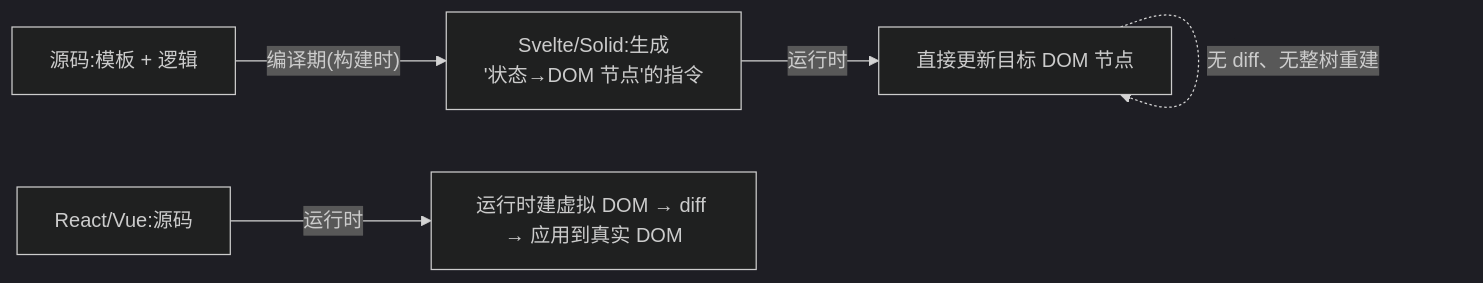
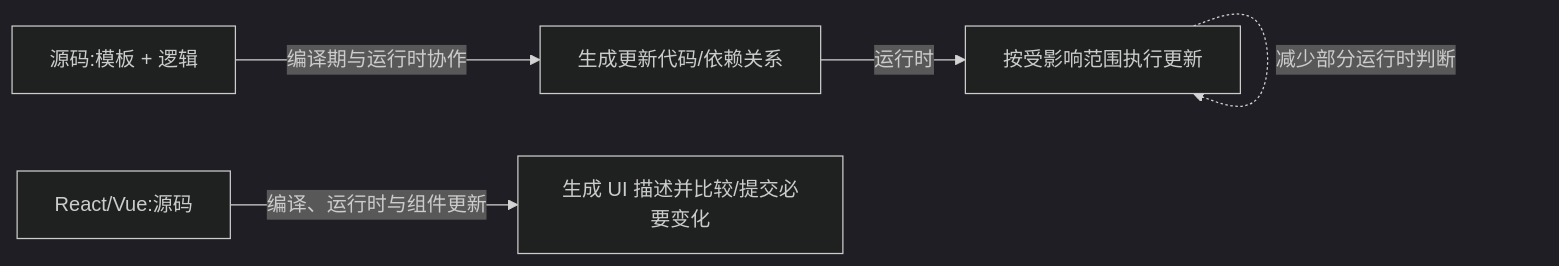
The third of 3 diagrams in content/posts/frontend-framework-history.md (MoreConsequence/MoreConsequence.github.io), drawn with Mermaid (dark theme) before and after one commit. The commit also changed other lines of this file and 263 other files, not shown here.

````diff
--- a/content/posts/frontend-framework-history.md
+++ b/content/posts/frontend-framework-history.md
@@ -86,7 +86,7 @@
 ```mermaid
 flowchart LR
-    A["源码:模板 + 逻辑"] -->|"编译期(构建时)"| B["Svelte/Solid:生成<br/>'状态→DOM 节点'的指令"]
-    B -->|"运行时"| C["直接更新目标 DOM 节点"]
-    D["React/Vue:源码"] -->|"运行时"| E["运行时建虚拟 DOM → diff → 应用到真实 DOM"]
-    C -. "无 diff、无整树重建" .-> C
+    A["源码:模板 + 逻辑"] -->|"编译期与运行时协作"| B["生成更新代码/依赖关系"]
+    B -->|"运行时"| C["按受影响范围执行更新"]
+    D["React/Vue:源码"] -->|"编译、运行时与组件更新"| E["生成 UI 描述并比较/提交必要变化"]
+    C -. "减少部分运行时判断" .-> C
 ```
````
